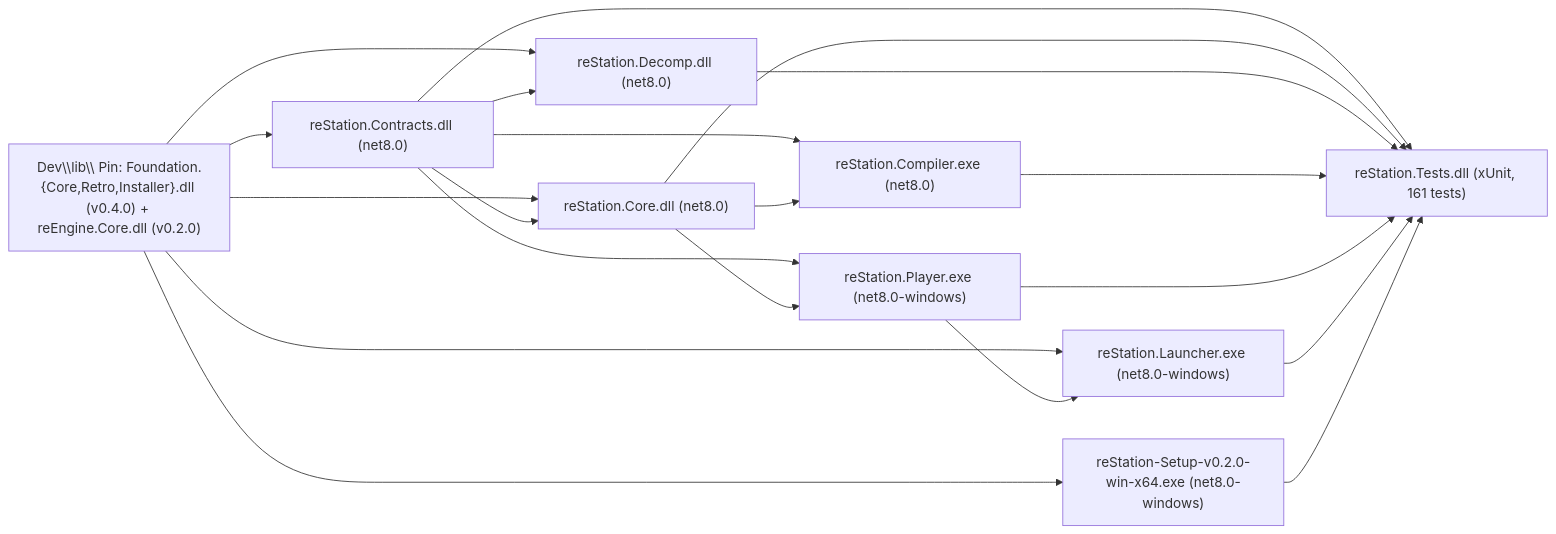
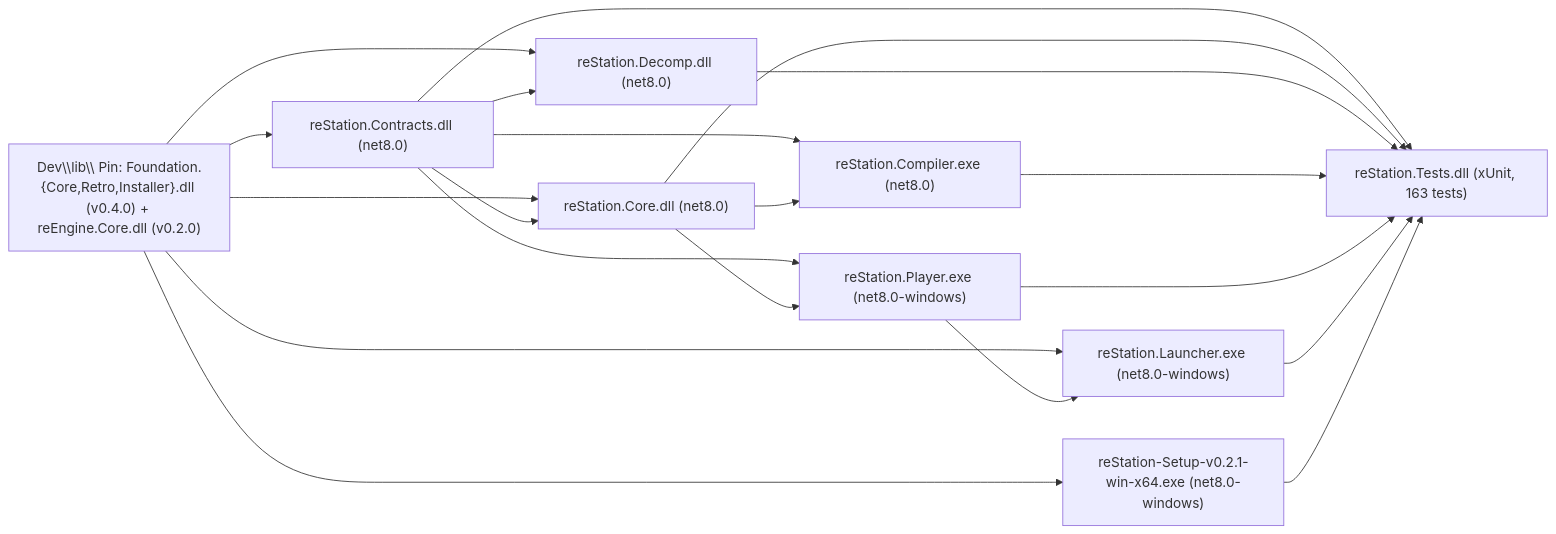
Before and after one commit to StreamItAllGit/reSlate: the second of 2 diagrams in Dev/docs/ARCHITECTURE.md, drawn with Mermaid. The commit also changed other lines of this file and 27 other files, not shown here.

````diff
--- a/Dev/docs/ARCHITECTURE.md
+++ b/Dev/docs/ARCHITECTURE.md
@@ -51,32 +51,32 @@
 ```mermaid
 flowchart LR
     EXT["Dev\\lib\\ Pin: Foundation.{Core,Retro,Installer}.dll (v0.4.0) + reEngine.Core.dll (v0.2.0)"]
     CON["reStation.Contracts.dll (net8.0)"]
     CORE["reStation.Core.dll (net8.0)"]
     DEC["reStation.Decomp.dll (net8.0)"]
     CMP["reStation.Compiler.exe (net8.0)"]
     PLY["reStation.Player.exe (net8.0-windows)"]
     LNC["reStation.Launcher.exe (net8.0-windows)"]
-    INS["reStation-Setup-v0.2.0-win-x64.exe (net8.0-windows)"]
-    TST["reStation.Tests.dll (xUnit, 161 tests)"]
+    INS["reStation-Setup-v0.2.1-win-x64.exe (net8.0-windows)"]
+    TST["reStation.Tests.dll (xUnit, 163 tests)"]
 
     EXT --> CON
     EXT --> CORE
     EXT --> DEC
     EXT --> INS
     EXT --> LNC
     CON --> CORE
     CON --> DEC
     CON --> CMP
     CON --> PLY
     CORE --> CMP
     CORE --> PLY
     PLY --> LNC
     CON --> TST
     CORE --> TST
     DEC --> TST
     CMP --> TST
     PLY --> TST
     LNC --> TST
     INS --> TST
 ```
````
